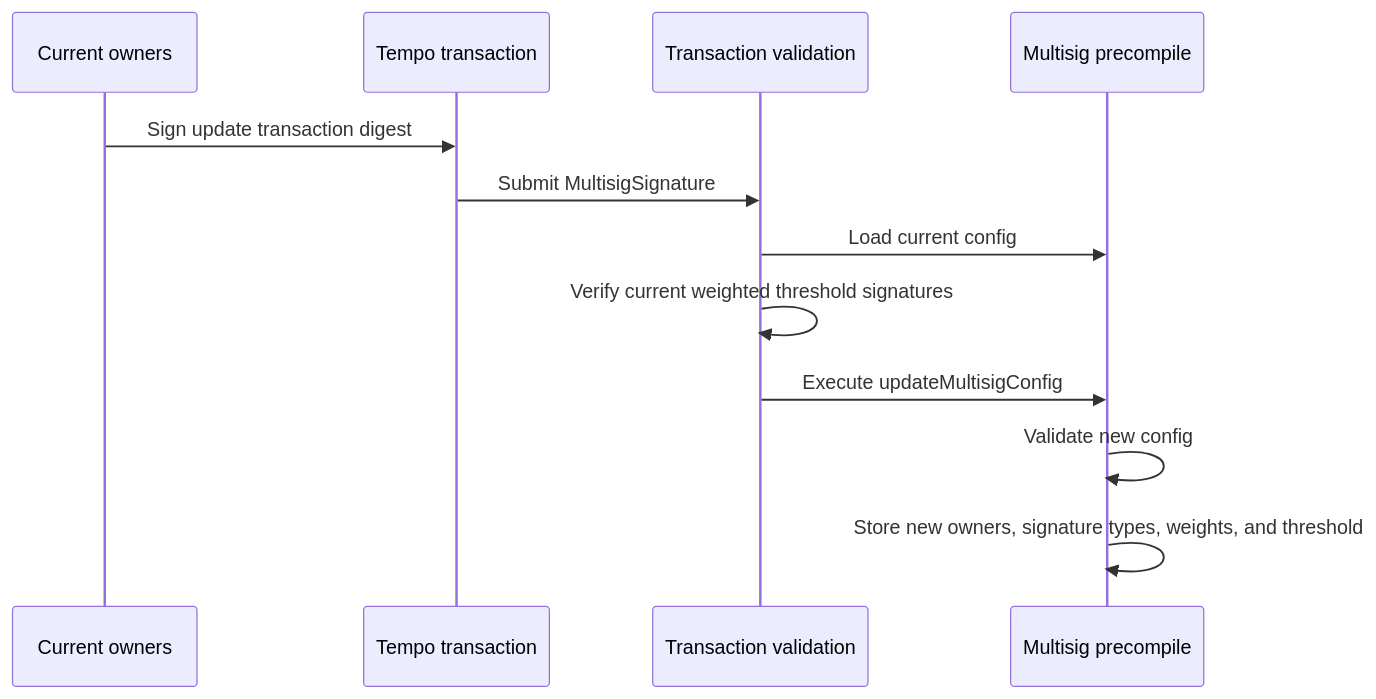
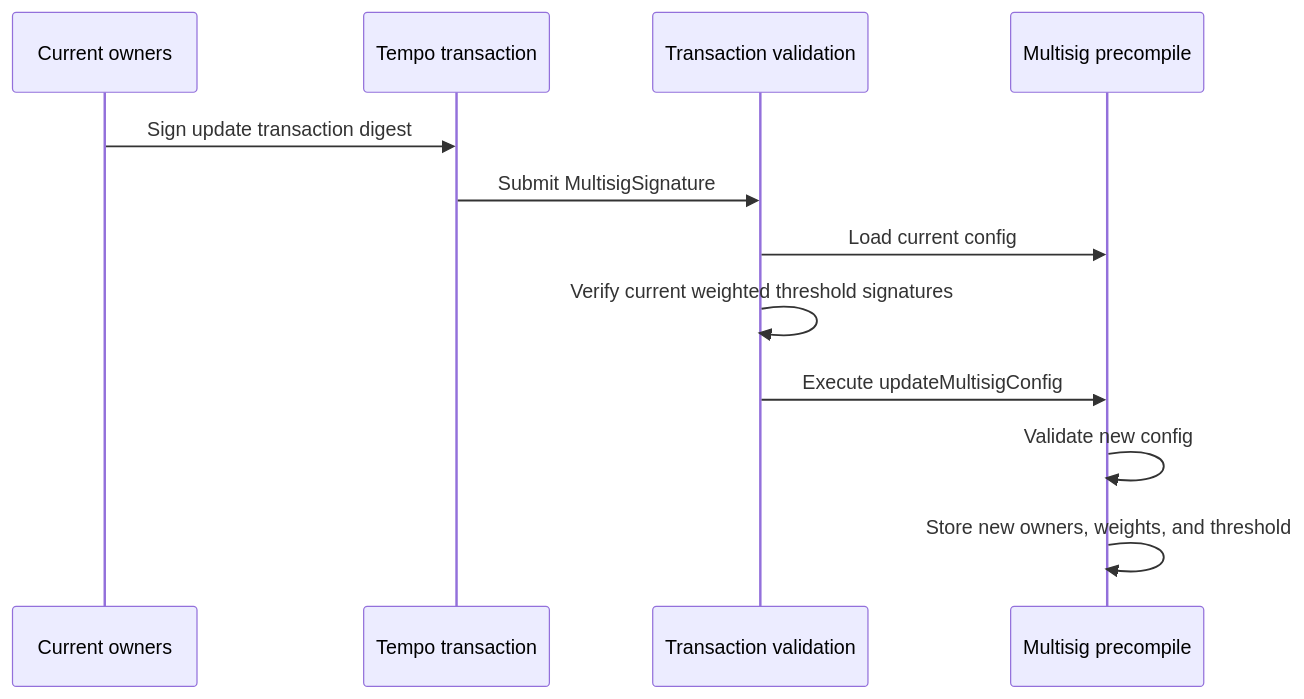
The second of 2 diagrams in tips/tip-1061.md (tempoxyz/tempo), drawn with Mermaid before and after one commit. The commit also changed other lines of this file, not shown here.

Commit message:
docs(tip-1061): remove owner signature type binding

````diff
--- a/tips/tip-1061.md
+++ b/tips/tip-1061.md
@@ -815,15 +785,15 @@
 ```mermaid
 sequenceDiagram
   participant Owners as Current owners
   participant Tx as Tempo transaction
   participant Protocol as Transaction validation
   participant MS as Multisig precompile
 
   Owners->>Tx: Sign update transaction digest
   Tx->>Protocol: Submit MultisigSignature
   Protocol->>MS: Load current config
   Protocol->>Protocol: Verify current weighted threshold signatures
   Protocol->>MS: Execute updateMultisigConfig
   MS->>MS: Validate new config
-  MS->>MS: Store new owners, signature types, weights, and threshold
+  MS->>MS: Store new owners, weights, and threshold
 ```
````
